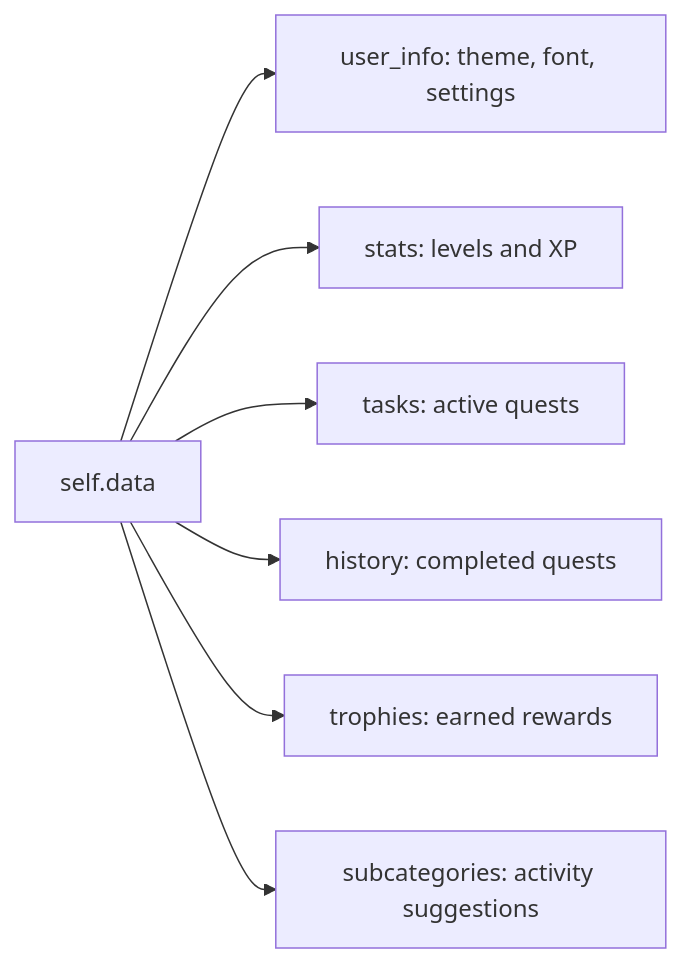
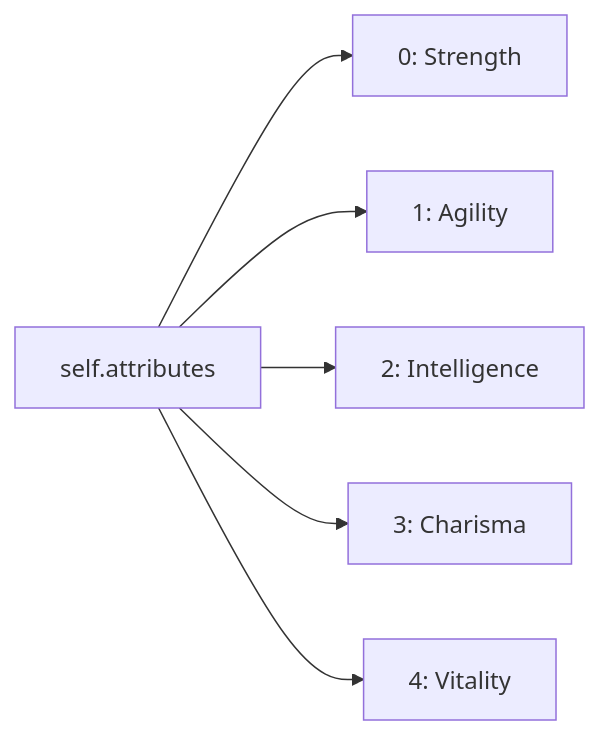
The sixth of 25 diagrams in docs/beginner-guide/01-beginners.md (nimbold/LifeXP), drawn with Mermaid before and after one commit. The commit also changed other lines of this file, not shown here.

````diff
--- a/docs/beginner-guide/01-beginners.md
+++ b/docs/beginner-guide/01-beginners.md
@@ -106,9 +251,8 @@
 ```mermaid
 flowchart LR
-    A["self.data"] --> B["user_info: theme, font, settings"]
-    A --> C["stats: levels and XP"]
-    A --> D["tasks: active quests"]
-    A --> E["history: completed quests"]
-    A --> F["trophies: earned rewards"]
-    A --> G["subcategories: activity suggestions"]
+    A["self.attributes"] --> B["0: Strength"]
+    A --> C["1: Agility"]
+    A --> D["2: Intelligence"]
+    A --> E["3: Charisma"]
+    A --> F["4: Vitality"]
 ```
````
